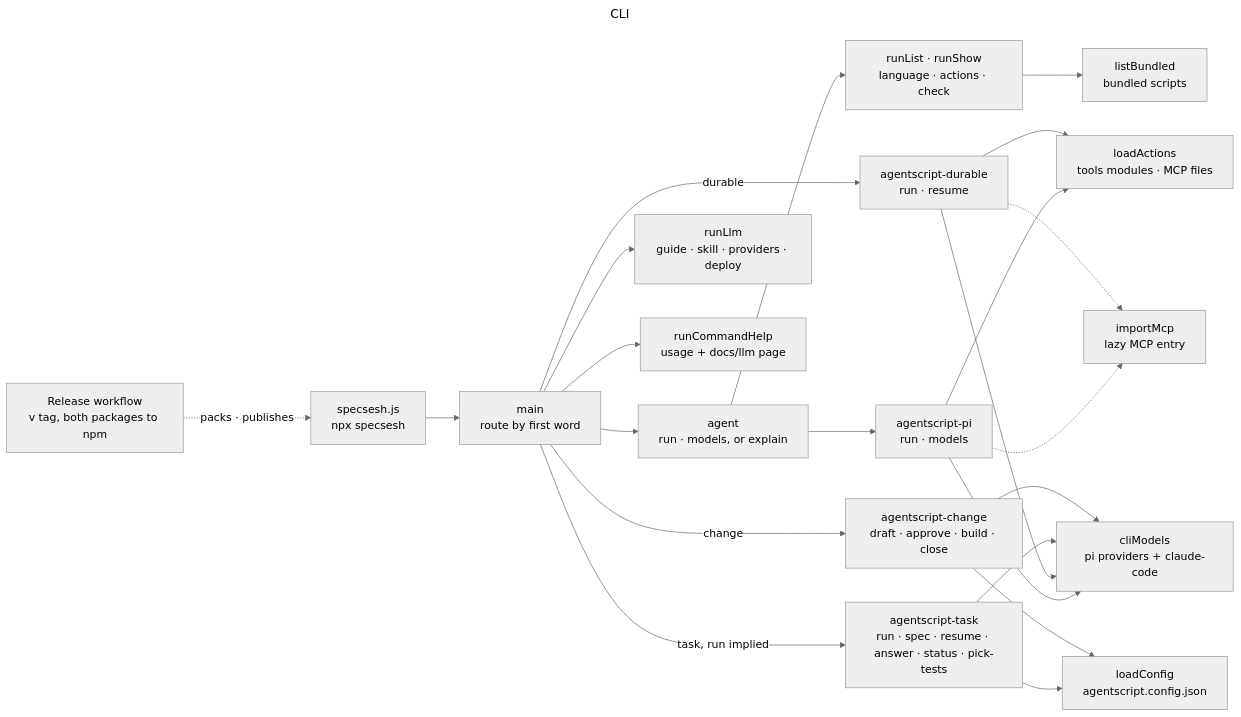
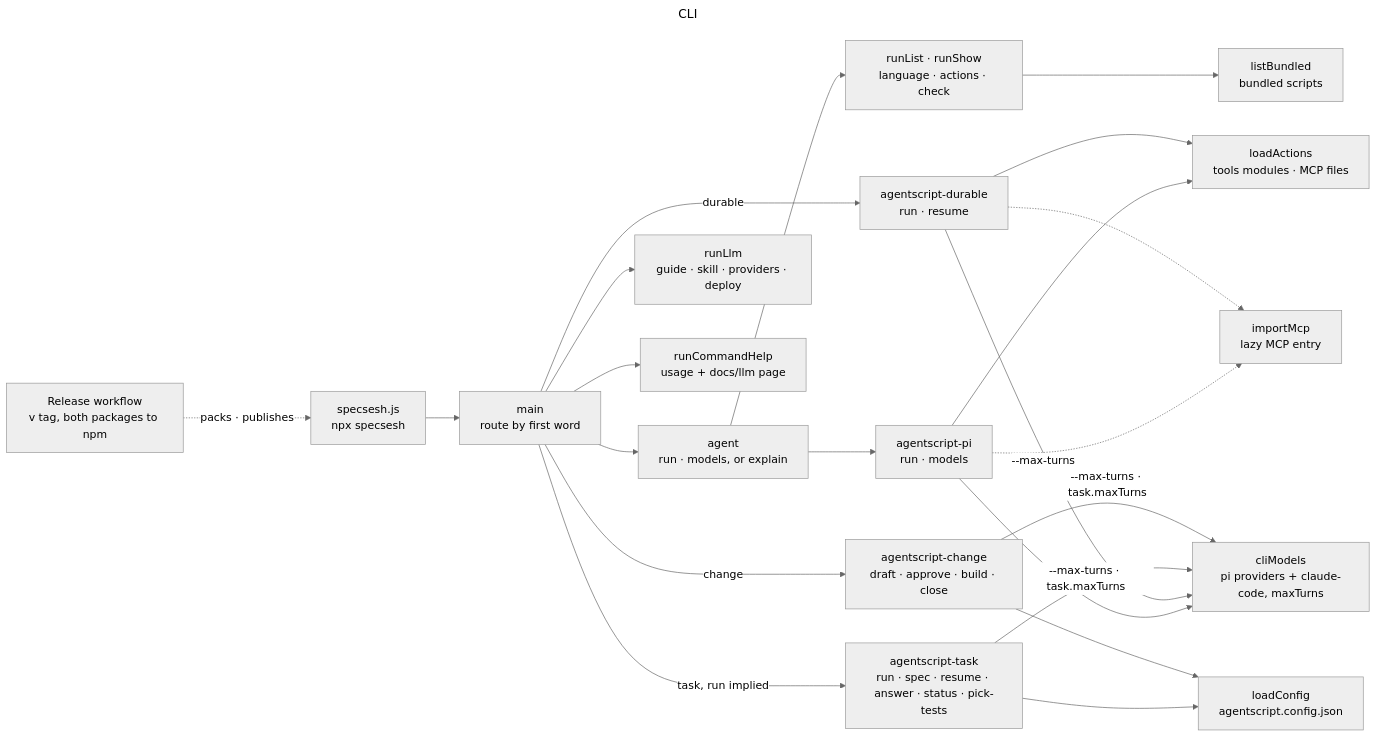
Before and after one commit to jtaylorcpp/specsesh-agent: the diagram in blueprint/cli.mmd, drawn with Mermaid (neutral theme). The commit also changed 52 other files, not shown here.

First line of the commit message:
edit-and-turns: replace_in_file; a configurable Claude Code turn limit

```diff
--- a/blueprint/cli.mmd
+++ b/blueprint/cli.mmd
@@ -1,59 +1,61 @@
 ---
 title: CLI
 ---
 flowchart LR
   specsesh[specsesh.js<br/>npx specsesh]
   main[main<br/>route by first word]
   agent[agent<br/>run · models, or explain]
   explain[runList · runShow<br/>language · actions · check]
   bundled[listBundled<br/>bundled scripts]
   llm[runLlm<br/>guide · skill · providers · deploy]
   help[runCommandHelp<br/>usage + docs/llm page]
   pibin[agentscript-pi<br/>run · models]
   durablebin[agentscript-durable<br/>run · resume]
   taskbin[agentscript-task<br/>run · spec · resume · answer · status · pick-tests]
   changebin[agentscript-change<br/>draft · approve · build · close]
-  models[cliModels<br/>pi providers + claude-code]
+  models[cliModels<br/>pi providers + claude-code, maxTurns]
   tools[loadActions<br/>tools modules · MCP files]
   mcp[importMcp<br/>lazy MCP entry]
   config[loadConfig<br/>agentscript.config.json]
   release[Release workflow<br/>v tag, both packages to npm]
 
   specsesh --> main
   main --> agent
   main --> llm
   main --> help
   main -->|durable| durablebin
   main -->|task, run implied| taskbin
   main -->|change| changebin
   agent --> pibin
   agent --> explain
   explain --> bundled
   pibin --> models
   pibin --> tools
   pibin -.-> mcp
-  durablebin --> models
+  durablebin -->|--max-turns| models
   durablebin --> tools
   durablebin -.-> mcp
-  taskbin --> models
+  taskbin -->|--max-turns · task.maxTurns| models
   taskbin --> config
   changebin --> config
-  changebin --> models
+  changebin -->|--max-turns · task.maxTurns| models
   release -.->|packs · publishes| specsesh
 
   %% code: specsesh packages/specsesh/bin/specsesh.js:9
   %% code: main packages/agent/src/cli/index.ts:102
   %% code: agent packages/agent/src/cli/index.ts:64
   %% code: explain packages/agent/src/cli/explain.ts:37
   %% code: bundled packages/agent/src/cli/bundled.ts:68
   %% code: llm packages/agent/src/cli/llm.ts:79
   %% code: help packages/agent/src/cli/llm.ts:135
   %% code: pibin packages/agent/src/bin/agentscript-pi.ts:74
-  %% code: durablebin packages/agent/src/bin/agentscript-durable.ts:68
-  %% code: taskbin packages/agent/src/bin/agentscript-task.ts:198
+  %% code: durablebin packages/agent/src/bin/agentscript-durable.ts:71
+  %% code: taskbin packages/agent/src/bin/agentscript-task.ts:205
   %% code: changebin packages/agent/src/bin/agentscript-change.ts:87
-  %% code: models packages/agent/src/bin/models.ts:15
+  %% code: models packages/agent/src/bin/models.ts:21
   %% code: tools packages/agent/src/bin/tools.ts:75
   %% code: mcp packages/agent/src/bin/mcp.ts:12
-  %% code: config packages/agent/src/task/config.ts:255
+  %% code: config packages/agent/src/task/config.ts:258
   %% code: release .github/workflows/release.yml:36
+
+  class models done
```
